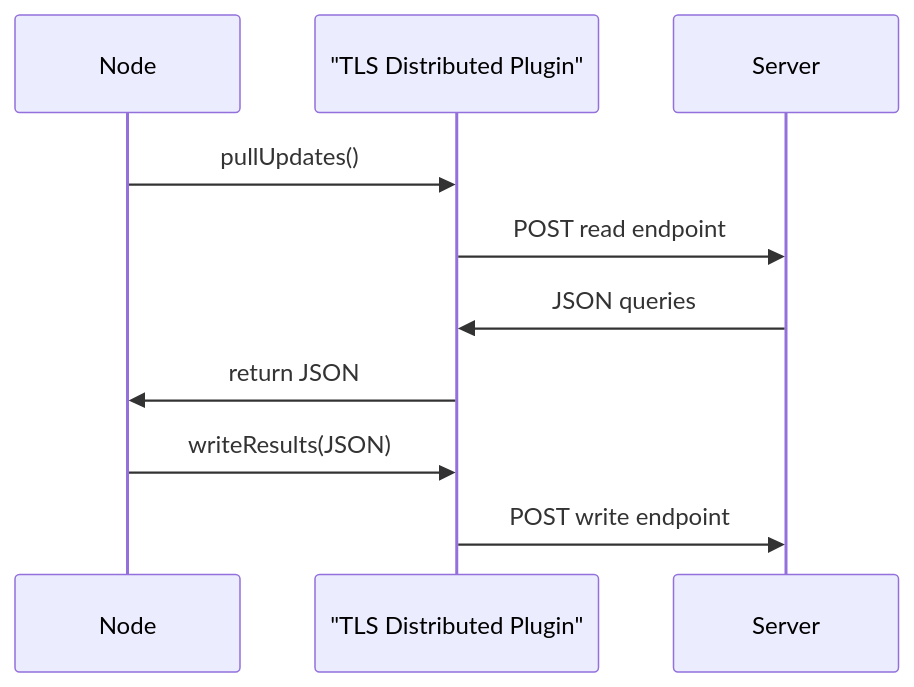
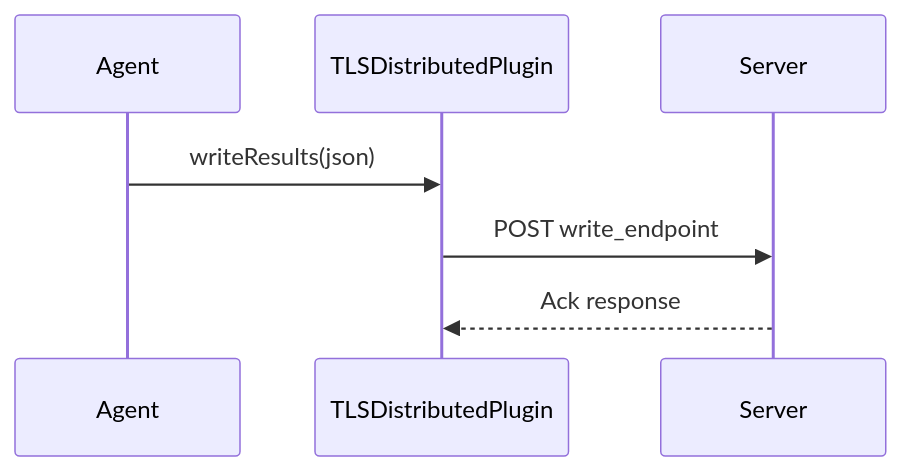
One commit to flamingo-stack/osquery changed the diagram in docs/diagrams/architecture/distributed-querying-4.mmd. Above: the diagram before and after it, drawn with Mermaid. The commit also changed 388 other files, not shown here.

```diff
--- a/docs/diagrams/architecture/distributed-querying-4.mmd
+++ b/docs/diagrams/architecture/distributed-querying-4.mmd
@@ -1,11 +1,8 @@
 sequenceDiagram
-    participant Node
-    participant TLS as "TLS Distributed Plugin"
+    participant Agent
+    participant TLS as TLSDistributedPlugin
     participant Server
 
-    Node->>TLS: pullUpdates()
-    TLS->>Server: POST read endpoint
-    Server->>TLS: JSON queries
-    TLS->>Node: return JSON
-    Node->>TLS: writeResults(JSON)
-    TLS->>Server: POST write endpoint
+    Agent->>TLS: writeResults(json)
+    TLS->>Server: POST write_endpoint
+    Server-->>TLS: Ack response
```
